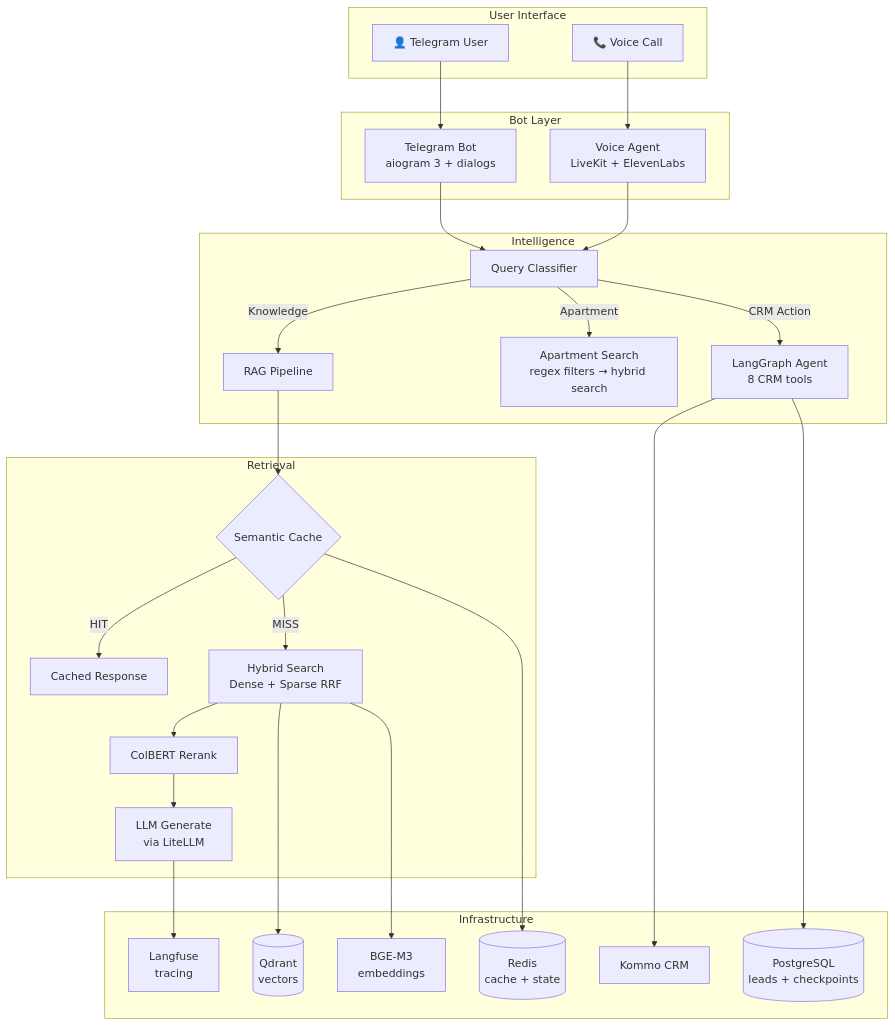
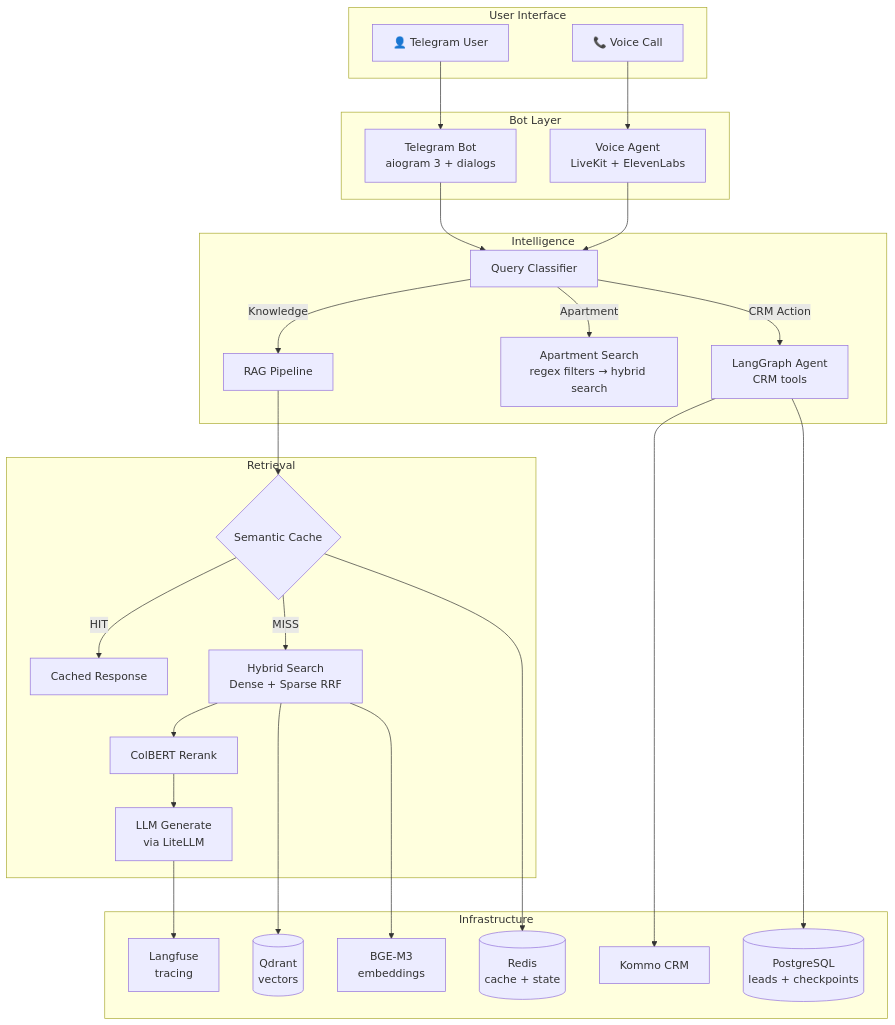
Before and after one commit to yastman/rag: the diagram in README.md, drawn with Mermaid. The commit also changed other lines of this file and 5 other files, not shown here.

````diff
--- a/README.md
+++ b/README.md
@@ -34,45 +66,45 @@
 ```mermaid
 graph TB
     subgraph "User Interface"
         U["👤 Telegram User"]
         V["📞 Voice Call"]
     end
 
     subgraph "Bot Layer"
         B["Telegram Bot<br/>aiogram 3 + dialogs"]
         VA["Voice Agent<br/>LiveKit + ElevenLabs"]
     end
 
     subgraph "Intelligence"
         QC[Query Classifier]
         QC -->|Knowledge| RAG[RAG Pipeline]
         QC -->|Apartment| APT["Apartment Search<br/>regex filters → hybrid search"]
-        QC -->|CRM Action| AG["LangGraph Agent<br/>8 CRM tools"]
+        QC -->|CRM Action| AG["LangGraph Agent<br/>CRM tools"]
     end
 
     subgraph "Retrieval"
         RAG --> SC{Semantic Cache}
         SC -->|HIT| RES[Cached Response]
         SC -->|MISS| HS["Hybrid Search<br/>Dense + Sparse RRF"]
         HS --> RR[ColBERT Rerank]
         RR --> LLM["LLM Generate<br/>via LiteLLM"]
     end
 
     subgraph "Infrastructure"
         QD[("Qdrant<br/>vectors")]
         RD[("Redis<br/>cache + state")]
         PG[("PostgreSQL<br/>leads + checkpoints")]
         BGE["BGE-M3<br/>embeddings"]
         LF["Langfuse<br/>tracing"]
         CRM[Kommo CRM]
     end
 
     U --> B --> QC
     V --> VA --> QC
     HS --> QD
     HS --> BGE
     SC --> RD
     AG --> CRM
     AG --> PG
     LLM --> LF
 ```
````
